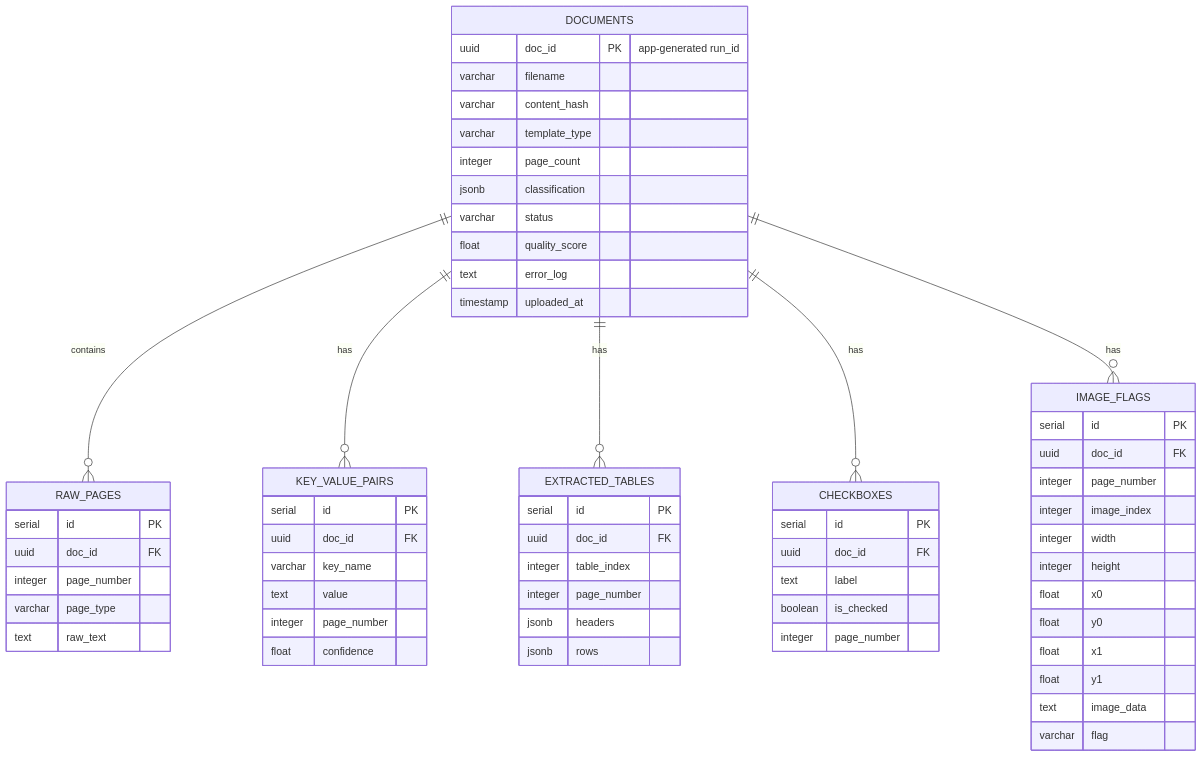
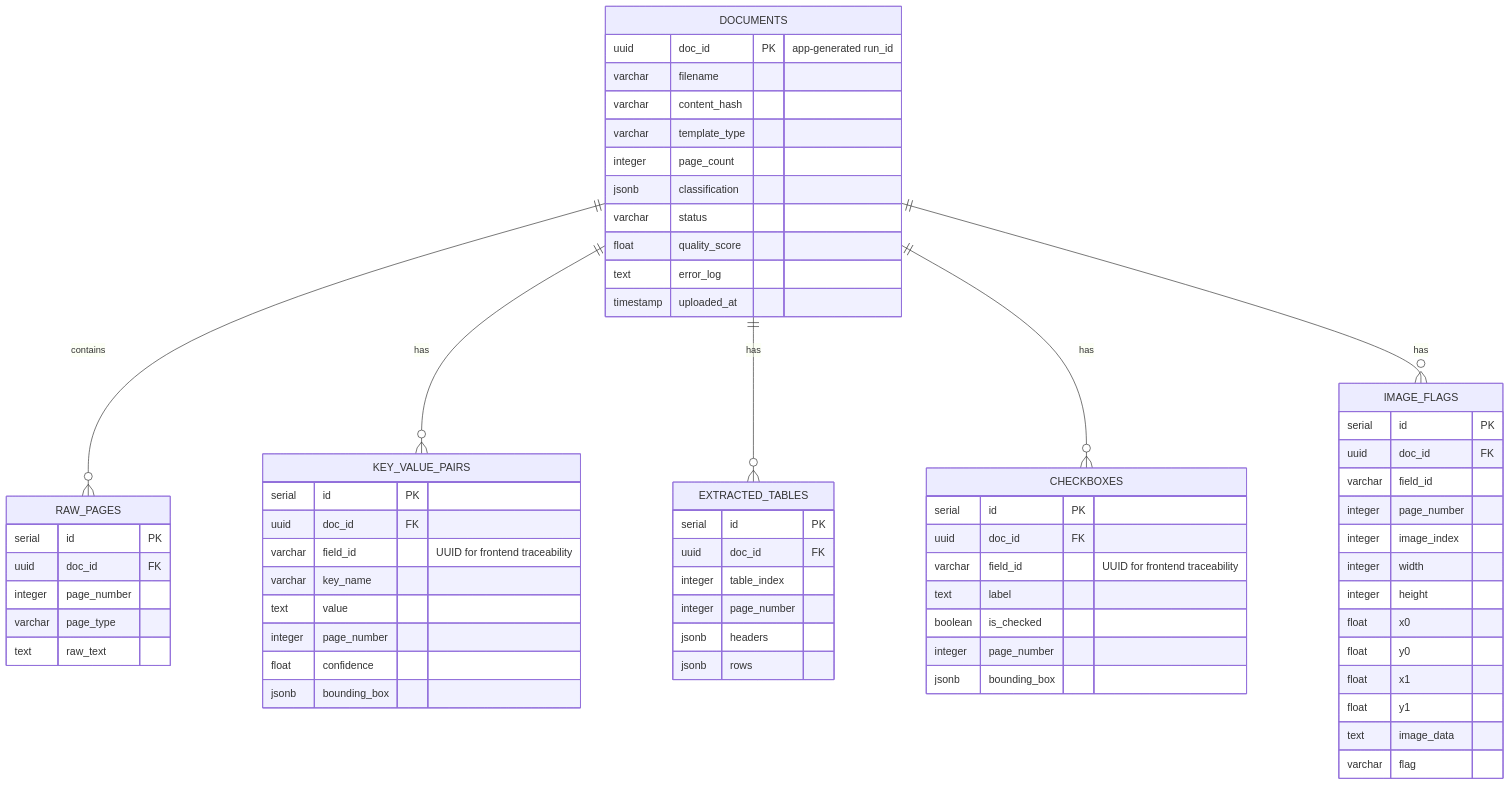
The second of 2 diagrams in technical_documentation.md (neogi5043/Unstra_Ingestor), drawn with Mermaid before and after one commit. The commit also changed other lines of this file and 11 other files, not shown here.

````diff
--- a/technical_documentation.md
+++ b/technical_documentation.md
@@ -239,70 +239,75 @@
 ```mermaid
 erDiagram
     DOCUMENTS ||--o{ RAW_PAGES : contains
     DOCUMENTS ||--o{ KEY_VALUE_PAIRS : has
     DOCUMENTS ||--o{ EXTRACTED_TABLES : has
     DOCUMENTS ||--o{ CHECKBOXES : has
     DOCUMENTS ||--o{ IMAGE_FLAGS : has
 
     DOCUMENTS {
         uuid doc_id PK "app-generated run_id"
         varchar filename
         varchar content_hash
         varchar template_type
         integer page_count
         jsonb classification
         varchar status
         float quality_score
         text error_log
         timestamp uploaded_at
     }
     
     RAW_PAGES {
         serial id PK
         uuid doc_id FK
         integer page_number
         varchar page_type
         text raw_text
     }
     
     KEY_VALUE_PAIRS {
         serial id PK
         uuid doc_id FK
+        varchar field_id "UUID for frontend traceability"
         varchar key_name
         text value
         integer page_number
         float confidence
+        jsonb bounding_box
     }
     
     EXTRACTED_TABLES {
         serial id PK
         uuid doc_id FK
         integer table_index
         integer page_number
         jsonb headers
         jsonb rows
     }
     
     CHECKBOXES {
         serial id PK
         uuid doc_id FK
+        varchar field_id "UUID for frontend traceability"
         text label
         boolean is_checked
         integer page_number
+        jsonb bounding_box
     }
 
     IMAGE_FLAGS {
         serial id PK
         uuid doc_id FK
+        varchar field_id
         integer page_number
         integer image_index
         integer width
         integer height
         float x0
         float y0
         float x1
         float y1
         text image_data
         varchar flag
     }
 ```
````
